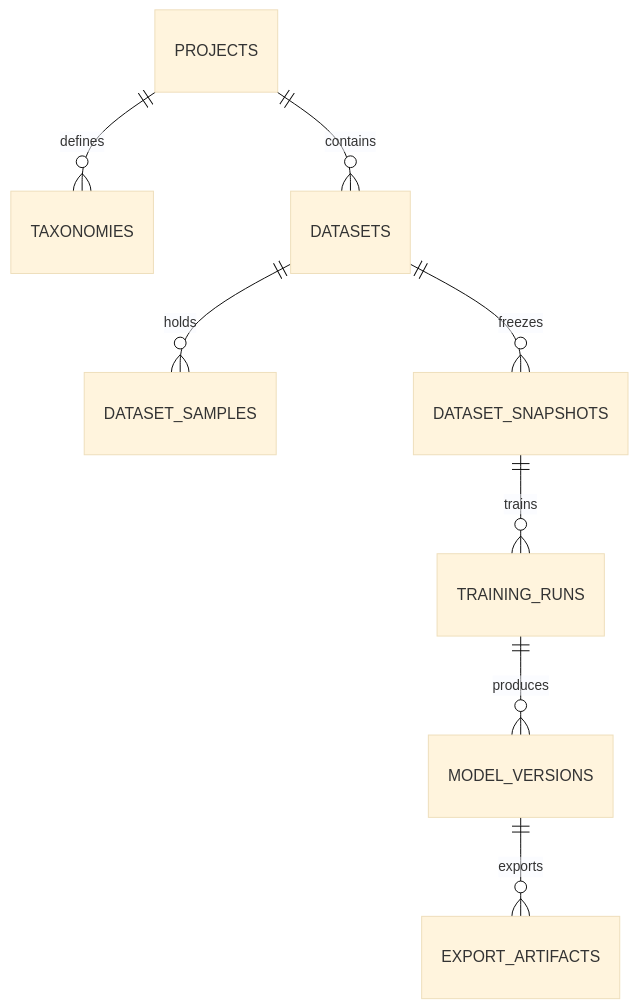
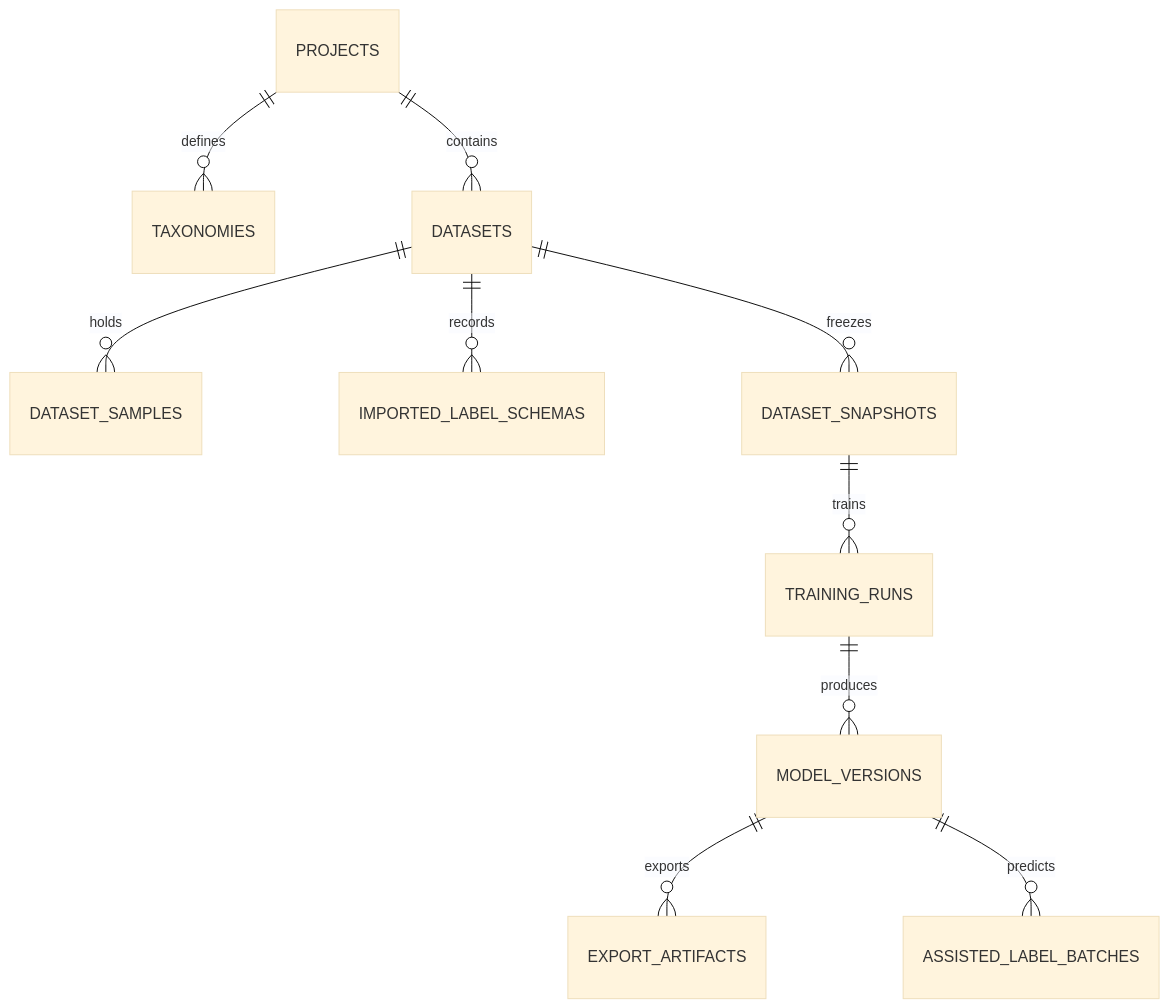
One commit to zsszhp/LabelTorchV changed the diagram in docs/architecture.md. Above: the diagram before and after it, drawn with Mermaid (base theme). The commit also changed other lines of this file and 6 other files, not shown here.

Commit message:
docs: 更新架构文档、蓝图、行业标准、MVP PRD等7份设计文档

````diff
--- a/docs/architecture.md
+++ b/docs/architecture.md
@@ -127,10 +174,12 @@
 ```mermaid
 erDiagram
     PROJECTS ||--o{ TAXONOMIES : defines
     PROJECTS ||--o{ DATASETS : contains
     DATASETS ||--o{ DATASET_SAMPLES : holds
+    DATASETS ||--o{ IMPORTED_LABEL_SCHEMAS : records
     DATASETS ||--o{ DATASET_SNAPSHOTS : freezes
     DATASET_SNAPSHOTS ||--o{ TRAINING_RUNS : trains
     TRAINING_RUNS ||--o{ MODEL_VERSIONS : produces
     MODEL_VERSIONS ||--o{ EXPORT_ARTIFACTS : exports
+    MODEL_VERSIONS ||--o{ ASSISTED_LABEL_BATCHES : predicts
 ```
````
